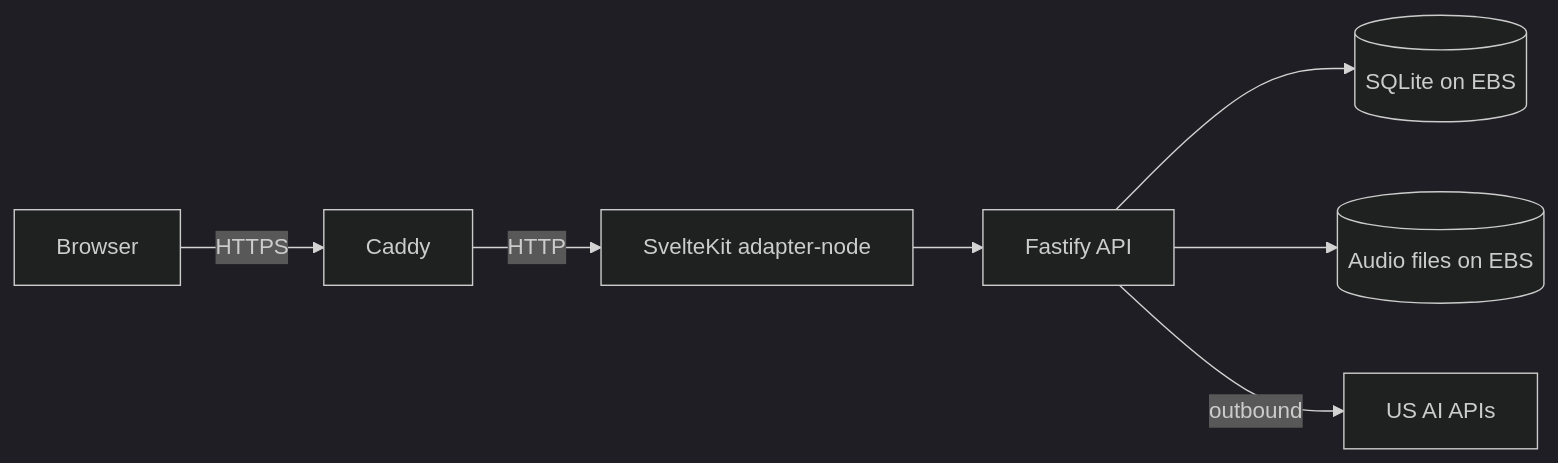
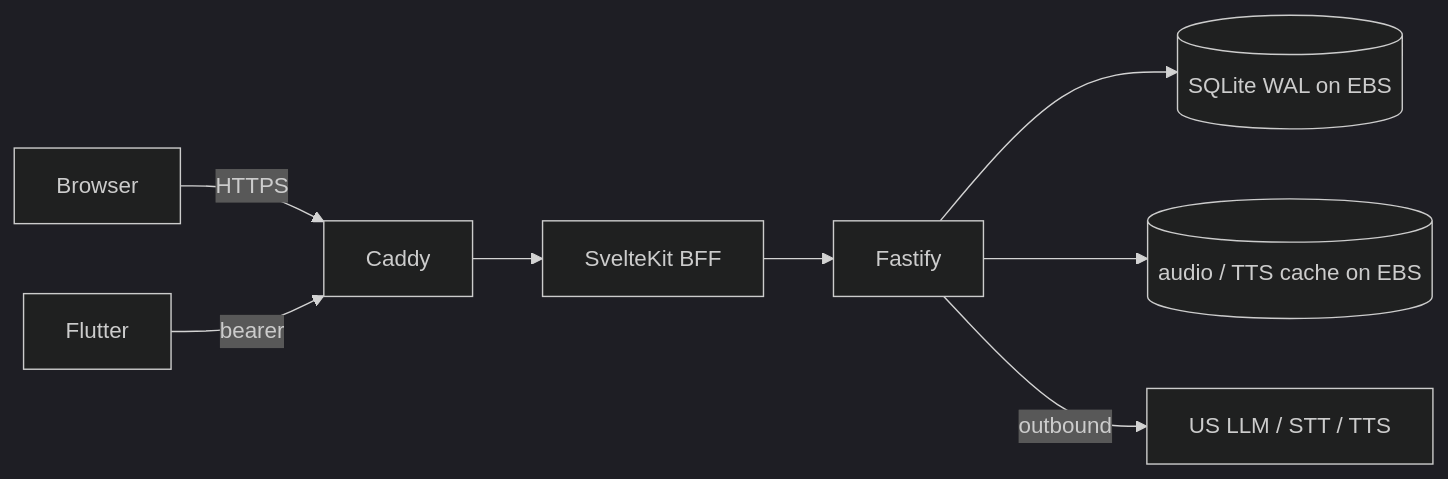
The diagram in src/en/products/tutored.md (binartist/about-me), drawn with Mermaid (dark theme) before and after one commit. The commit also changed other lines of this file and 8 other files, not shown here.

````diff
--- a/src/en/products/tutored.md
+++ b/src/en/products/tutored.md
@@ -15,9 +15,10 @@
 ```mermaid
 flowchart LR
   Browser -->|HTTPS| Caddy
-  Caddy -->|HTTP| App[SvelteKit adapter-node]
-  App --> API[Fastify API]
-  API --> SQLite[(SQLite on EBS)]
-  API --> Audio[(Audio files on EBS)]
-  API -->|outbound| OpenAI[US AI APIs]
+  Mobile[Flutter] -->|bearer| Caddy
+  Caddy --> App[SvelteKit BFF]
+  App --> API[Fastify]
+  API --> SQLite[(SQLite WAL on EBS)]
+  API --> Audio[(audio / TTS cache on EBS)]
+  API -->|outbound| US[US LLM / STT / TTS]
 ```
````
